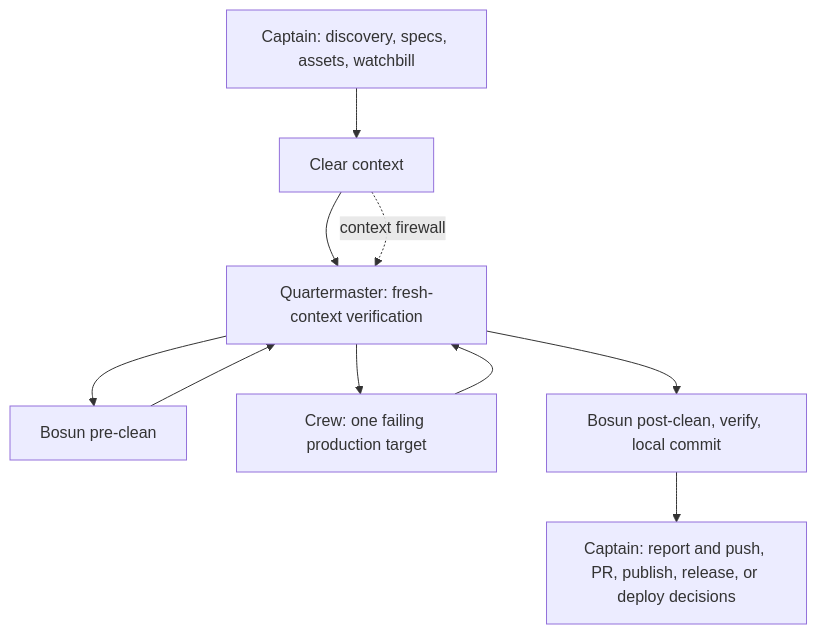
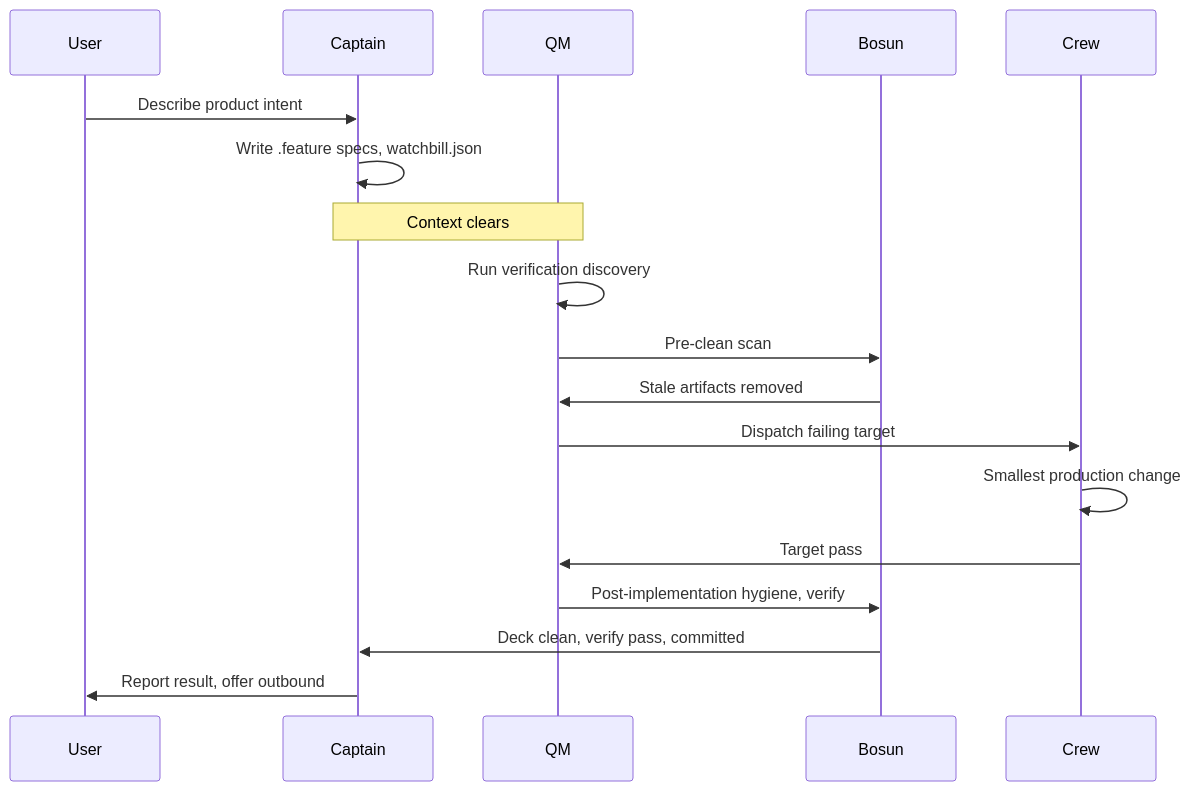
One commit to dmytri/shipshape changed the first of 2 diagrams in README.md. Above: the diagram before and after it, drawn with Mermaid. The commit also changed other lines of this file and 1 other file, not shown here.

Commit message:
shipshape: replace flow diagrams with sequence diagrams

````diff
--- a/README.md
+++ b/README.md
@@ -105,21 +105,21 @@
 ```mermaid
-flowchart TD
-    Captain[Captain: discovery, specs, assets, watchbill]
-    Clear[Clear context]
-    QM[Quartermaster: fresh-context verification]
-    PreBosun[Bosun pre-clean]
-    Crew[Crew: one failing production target]
-    PostBosun[Bosun post-clean, verify, local commit]
-    Report[Captain: report and push, PR, publish, release, or deploy decisions]
+sequenceDiagram
+    participant User
+    participant Captain
+    participant QM
+    participant Bosun
+    participant Crew
 
-    Captain --> Clear
-    Clear --> QM
-    QM --> PreBosun
-    PreBosun --> QM
-    QM --> Crew
-    Crew --> QM
-    QM --> PostBosun
-    PostBosun --> Report
-
-    Clear -. context firewall .-> QM
+    User->>Captain: Describe product intent
+    Captain->>Captain: Write .feature specs, watchbill.json
+    Note over Captain,QM: Context clears
+    QM->>QM: Run verification discovery
+    QM->>Bosun: Pre-clean scan
+    Bosun->>QM: Stale artifacts removed
+    QM->>Crew: Dispatch failing target
+    Crew->>Crew: Smallest production change
+    Crew->>QM: Target pass
+    QM->>Bosun: Post-implementation hygiene, verify
+    Bosun->>Captain: Deck clean, verify pass, committed
+    Captain->>User: Report result, offer outbound
 ```
````
